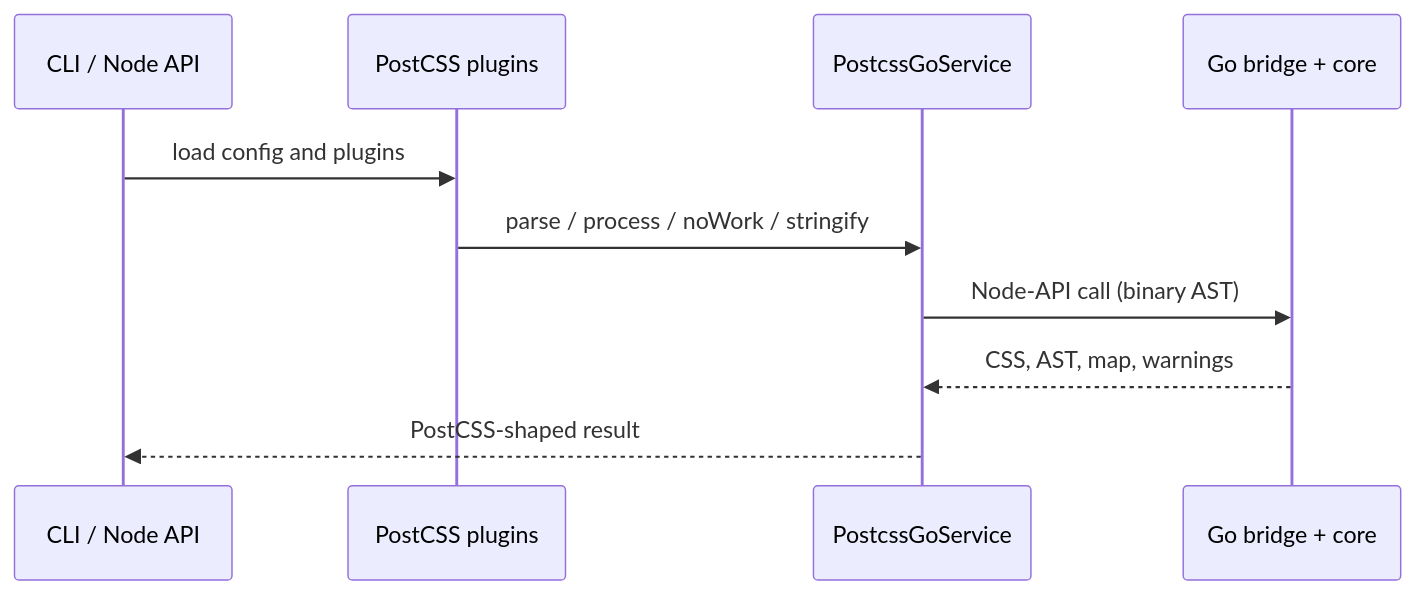
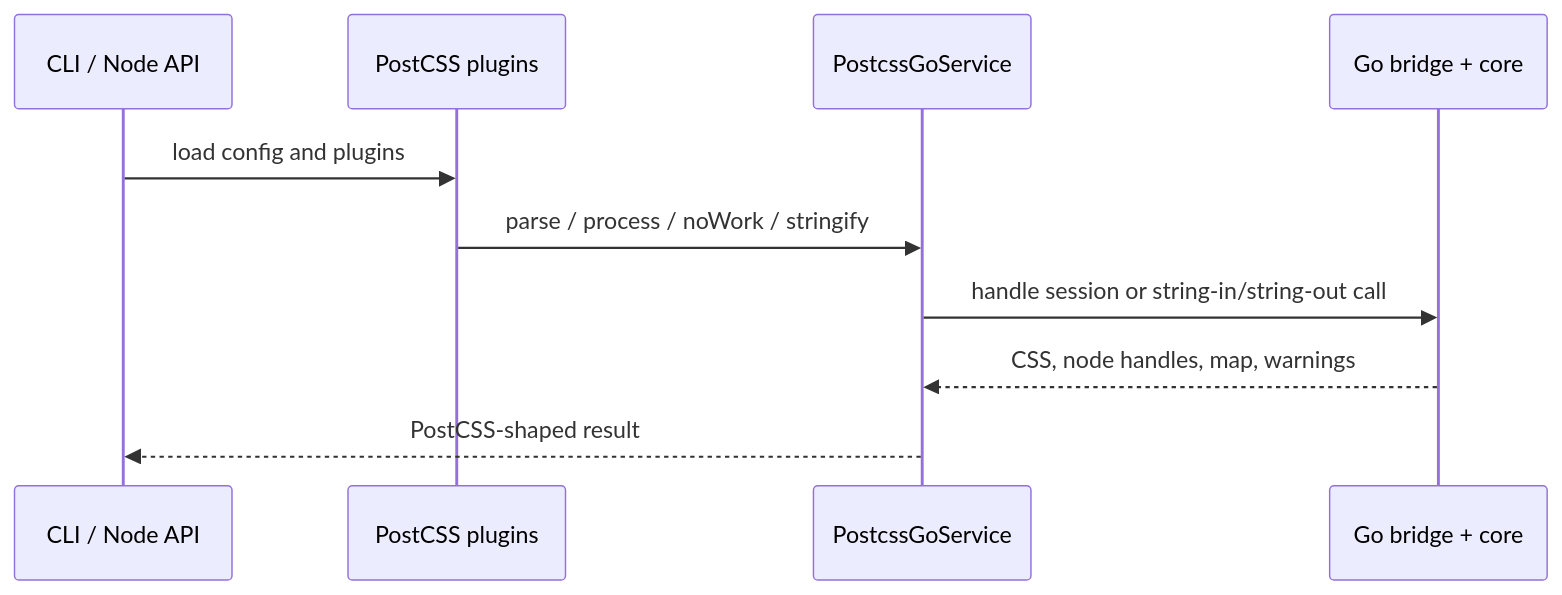
Before and after one commit to postcss-go/postcss-go: the second of 2 diagrams in docs/architecture.md, drawn with Mermaid. The commit also changed other lines of this file and 133 other files, not shown here.

````diff
--- a/docs/architecture.md
+++ b/docs/architecture.md
@@ -71,13 +75,13 @@
 ```mermaid
 sequenceDiagram
     participant User as CLI / Node API
     participant Plugins as PostCSS plugins
     participant Service as PostcssGoService
     participant Go as Go bridge + core
 
     User->>Plugins: load config and plugins
     Plugins->>Service: parse / process / noWork / stringify
-    Service->>Go: Node-API call (binary AST)
-    Go-->>Service: CSS, AST, map, warnings
+    Service->>Go: handle session or string-in/string-out call
+    Go-->>Service: CSS, node handles, map, warnings
     Service-->>User: PostCSS-shaped result
 ```
````
